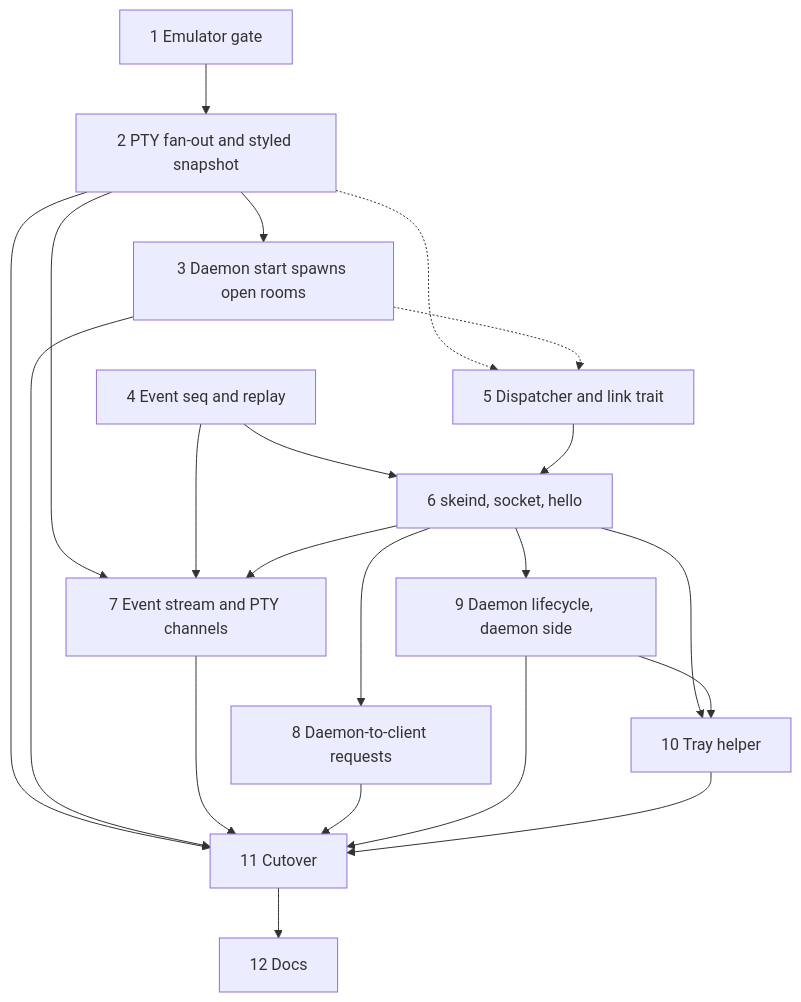
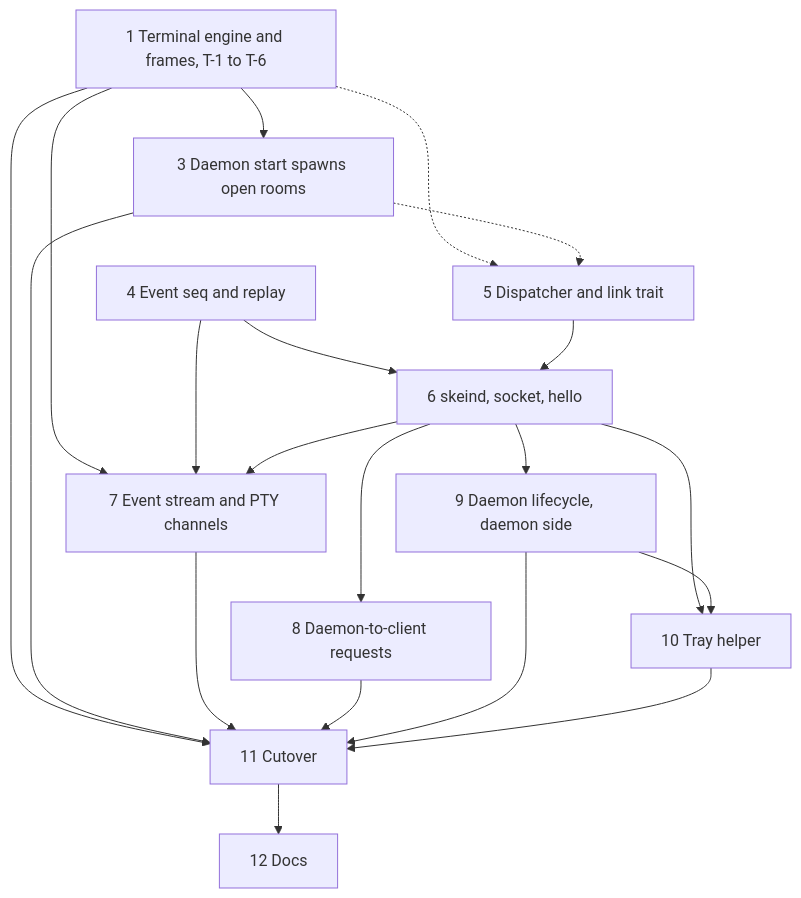
Before and after one commit to faddi/skein: the fourth of 4 diagrams in docs/skeind-p2b-design.md, drawn with Mermaid. The commit also changed other lines of this file and 2 other files, not shown here.

First line of the commit message:
docs(#584): design the daemon-owned terminal, one engine and redraw frames (#806)

````diff
--- a/docs/skeind-p2b-design.md
+++ b/docs/skeind-p2b-design.md
@@ -893,35 +845,33 @@
 ```mermaid
 flowchart TD
-    S1["1 Emulator gate"]
-    S2["2 PTY fan-out and styled snapshot"]
+    ST["1 Terminal engine and frames, T-1 to T-6"]
     S3["3 Daemon start spawns open rooms"]
     S4["4 Event seq and replay"]
     S5["5 Dispatcher and link trait"]
     S6["6 skeind, socket, hello"]
     S7["7 Event stream and PTY channels"]
     S8["8 Daemon-to-client requests"]
     S9["9 Daemon lifecycle, daemon side"]
     S10["10 Tray helper"]
     S11["11 Cutover"]
     S12["12 Docs"]
-    S1 --> S2
-    S2 --> S3
+    ST --> S3
     S4 --> S6
     S5 --> S6
-    S2 -.-> S5
+    ST -.-> S5
     S3 -.-> S5
-    S2 --> S7
+    ST --> S7
     S4 --> S7
     S6 --> S7
     S6 --> S8
     S6 --> S9
     S6 --> S10
     S9 --> S10
-    S2 --> S11
+    ST --> S11
     S3 --> S11
     S7 --> S11
     S8 --> S11
     S9 --> S11
     S10 --> S11
     S11 --> S12
 ```
````
